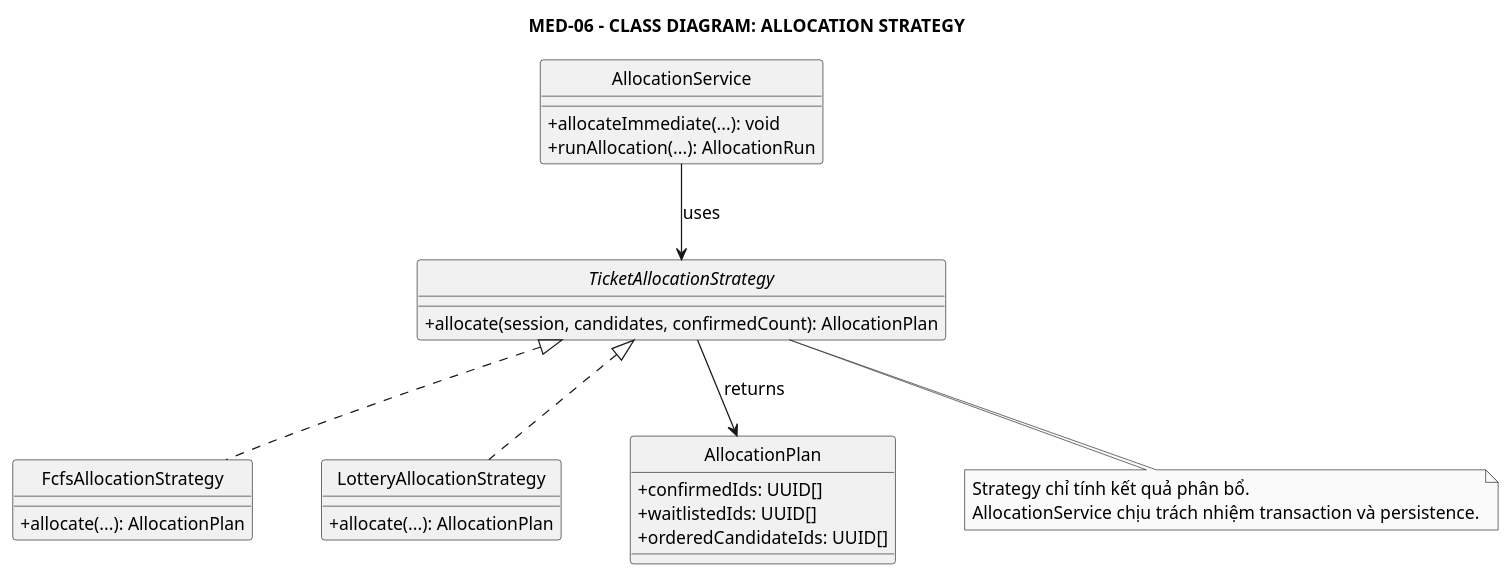
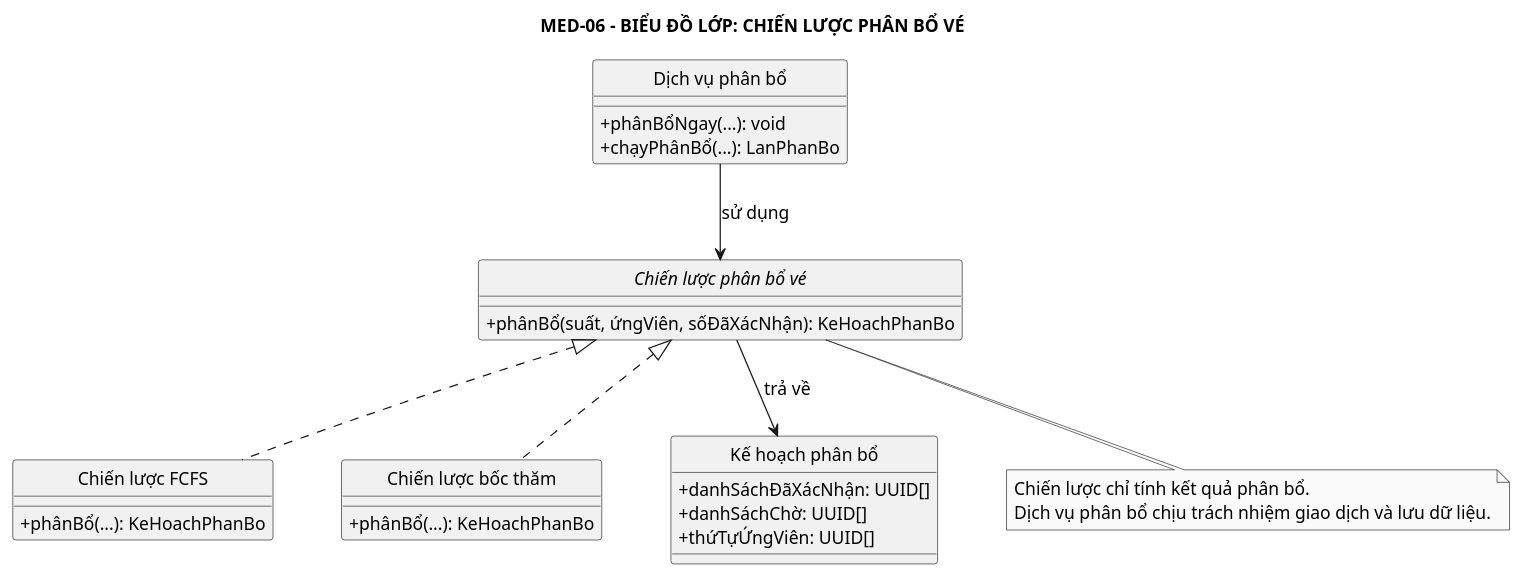
One commit to anh632k-ui/OOP-DoAn changed the diagram in PTTK/03_ClassDiagram/03-class-diagram-strategy.puml. Above: the diagram before and after it, drawn with PlantUML.

Commit message:
docs(tv): Việt hóa chiến lược phân bổ

```diff
--- a/PTTK/03_ClassDiagram/03-class-diagram-strategy.puml
+++ b/PTTK/03_ClassDiagram/03-class-diagram-strategy.puml
@@ -1,49 +1,48 @@
 @startuml
 top to bottom direction
 skinparam monochrome true
 skinparam shadowing false
 skinparam classAttributeIconSize 0
 skinparam defaultFontSize 14
 skinparam nodesep 55
 skinparam ranksep 55
 hide circle
 hide stereotypes
 
-title MED-06 - CLASS DIAGRAM: ALLOCATION STRATEGY
+title MED-06 - BIỂU ĐỒ LỚP: CHIẾN LƯỢC PHÂN BỔ VÉ
 
-class AllocationService {
-  + allocateImmediate(...): void
-  + runAllocation(...): AllocationRun
+class "Dịch vụ phân bổ" as DVPhanBo {
+  + phânBổNgay(...): void
+  + chạyPhânBổ(...): LanPhanBo
 }
 
-interface TicketAllocationStrategy {
-  + allocate(session, candidates, confirmedCount): AllocationPlan
+interface "Chiến lược phân bổ vé" as ChienLuocPhanBo {
+  + phânBổ(suất, ứngViên, sốĐãXácNhận): KeHoachPhanBo
 }
 
-class FcfsAllocationStrategy {
-  + allocate(...): AllocationPlan
+class "Chiến lược FCFS" as ChienLuocFCFS {
+  + phânBổ(...): KeHoachPhanBo
 }
 
-class LotteryAllocationStrategy {
-  + allocate(...): AllocationPlan
+class "Chiến lược bốc thăm" as ChienLuocBocTham {
+  + phânBổ(...): KeHoachPhanBo
 }
 
-class AllocationPlan {
-  + confirmedIds: UUID[]
-  + waitlistedIds: UUID[]
-  + orderedCandidateIds: UUID[]
+class "Kế hoạch phân bổ" as KeHoachPhanBo {
+  + danhSáchĐãXácNhận: UUID[]
+  + danhSáchChờ: UUID[]
+  + thứTựỨngViên: UUID[]
 }
 
-AllocationService --> TicketAllocationStrategy : uses
-TicketAllocationStrategy <|.. FcfsAllocationStrategy
-TicketAllocationStrategy <|.. LotteryAllocationStrategy
-TicketAllocationStrategy --> AllocationPlan : returns
+DVPhanBo --> ChienLuocPhanBo : sử dụng
+ChienLuocPhanBo <|.. ChienLuocFCFS
+ChienLuocPhanBo <|.. ChienLuocBocTham
+ChienLuocPhanBo --> KeHoachPhanBo : trả về
 
-FcfsAllocationStrategy -[hidden]right- LotteryAllocationStrategy
+ChienLuocFCFS -[hidden]right- ChienLuocBocTham
 
-note bottom of TicketAllocationStrategy
-Strategy chỉ tính kết quả phân bổ.
-AllocationService chịu trách nhiệm transaction và persistence.
+note bottom of ChienLuocPhanBo
+Chiến lược chỉ tính kết quả phân bổ.
+Dịch vụ phân bổ chịu trách nhiệm giao dịch và lưu dữ liệu.
 end note
-
 @enduml
```
